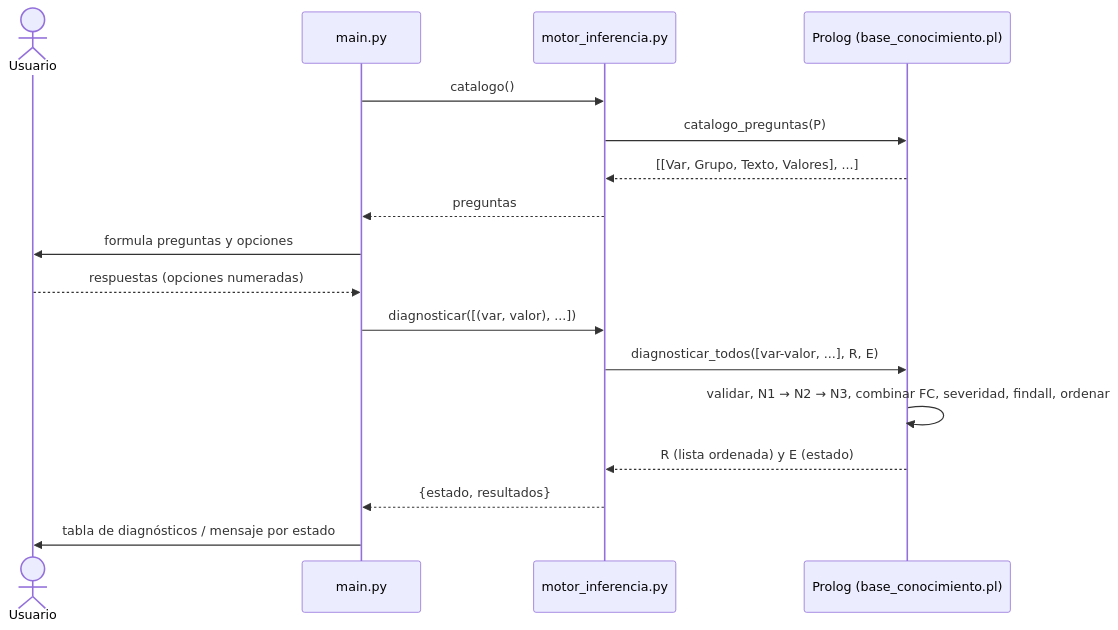
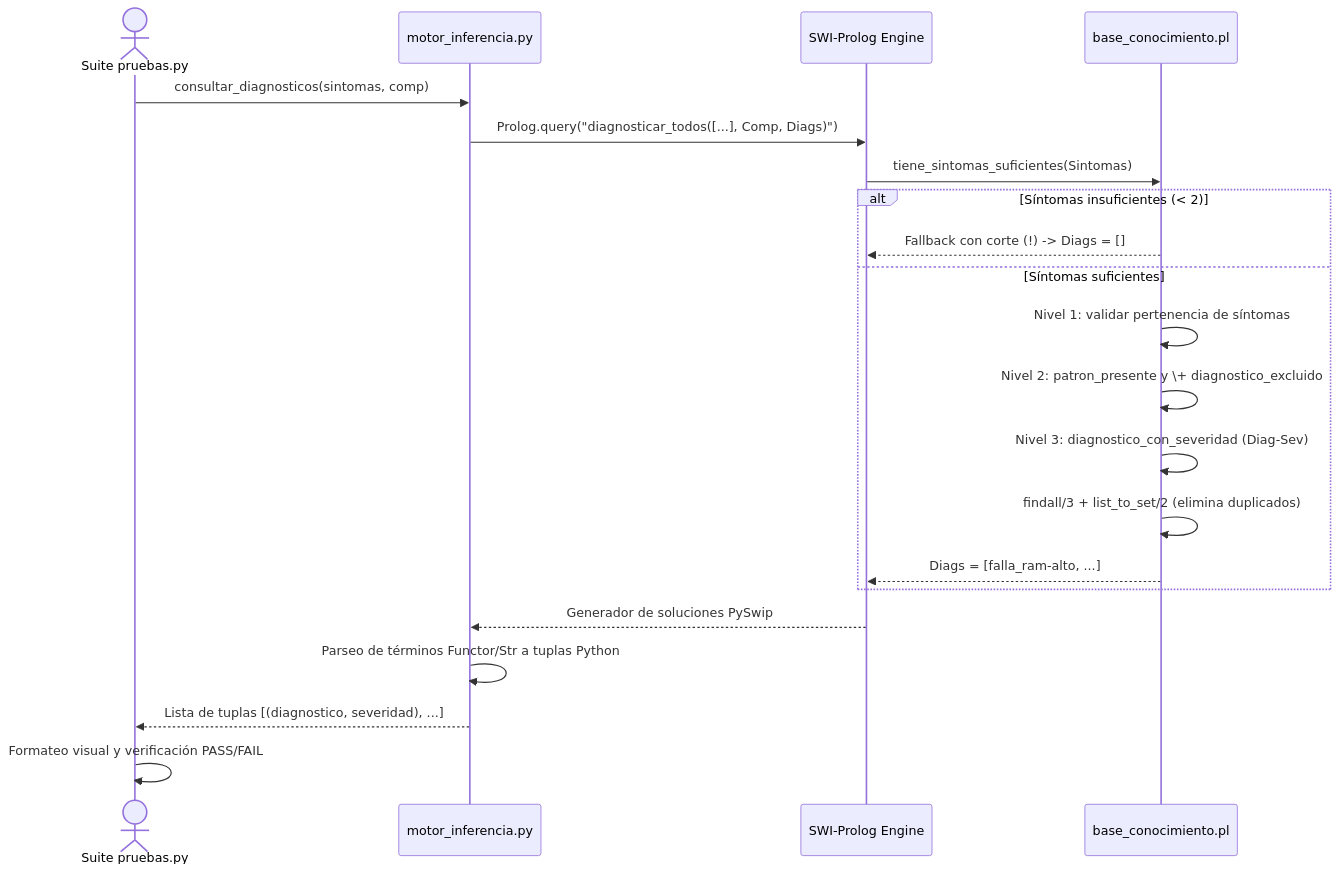
One commit to yetshal/DiagnostiPC changed the third of 4 diagrams in docs/architecture/README.md. Above: the diagram before and after it, drawn with Mermaid. The commit also changed other lines of this file and 8 other files, not shown here.

````diff
--- a/docs/architecture/README.md
+++ b/docs/architecture/README.md
@@ -58,19 +44,24 @@
 ```mermaid
 sequenceDiagram
-  actor U as Usuario
-  participant M as main.py
-  participant P as motor_inferencia.py
-  participant K as Prolog (base_conocimiento.pl)
-  M->>P: catalogo()
-  P->>K: catalogo_preguntas(P)
-  K-->>P: [[Var, Grupo, Texto, Valores], ...]
-  P-->>M: preguntas
-  M->>U: formula preguntas y opciones
-  U-->>M: respuestas (opciones numeradas)
-  M->>P: diagnosticar([(var, valor), ...])
-  P->>K: diagnosticar_todos([var-valor, ...], R, E)
-  K->>K: validar, N1 → N2 → N3, combinar FC, severidad, findall, ordenar
-  K-->>P: R (lista ordenada) y E (estado)
-  P-->>M: {estado, resultados}
-  M->>U: tabla de diagnósticos / mensaje por estado
+  actor T as Suite pruebas.py
+  participant M as motor_inferencia.py
+  participant P as SWI-Prolog Engine
+  participant K as base_conocimiento.pl
+
+  T->>M: consultar_diagnosticos(sintomas, comp)
+  M->>P: Prolog.query("diagnosticar_todos([...], Comp, Diags)")
+  P->>K: tiene_sintomas_suficientes(Sintomas)
+  alt Síntomas insuficientes (< 2)
+    K-->>P: Fallback con corte (!) -> Diags = []
+  else Síntomas suficientes
+    K->>K: Nivel 1: validar pertenencia de síntomas
+    K->>K: Nivel 2: patron_presente y \+ diagnostico_excluido
+    K->>K: Nivel 3: diagnostico_con_severidad (Diag-Sev)
+    K->>K: findall/3 + list_to_set/2 (elimina duplicados)
+    K-->>P: Diags = [falla_ram-alto, ...]
+  end
+  P-->>M: Generador de soluciones PySwip
+  M->>M: Parseo de términos Functor/Str a tuplas Python
+  M-->>T: Lista de tuplas [(diagnostico, severidad), ...]
+  T->>T: Formateo visual y verificación PASS/FAIL
 ```
````
